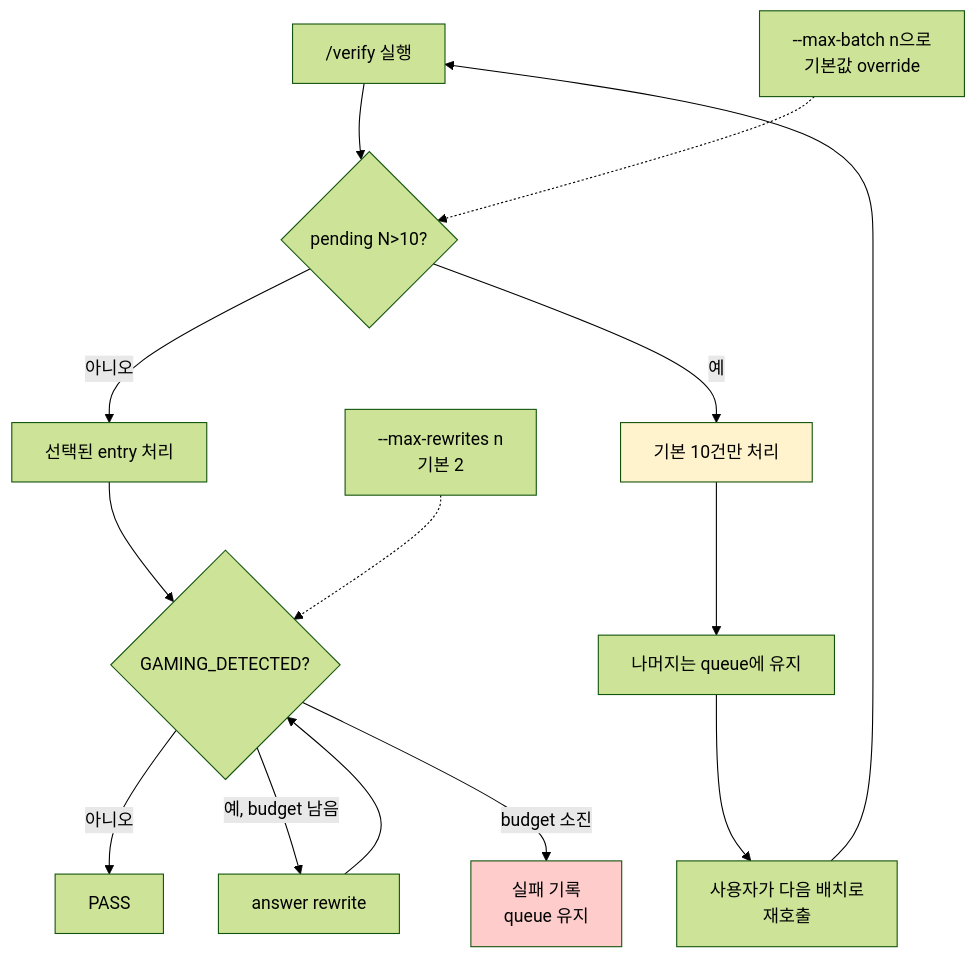
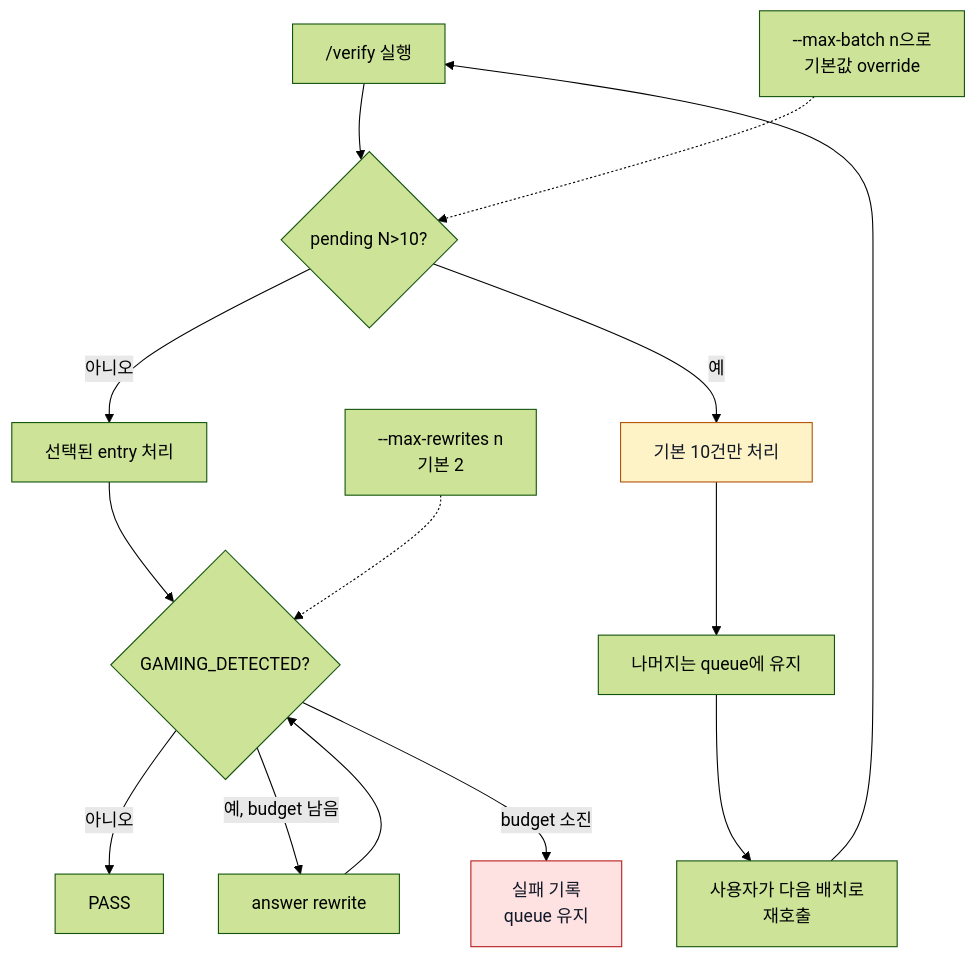
One commit to Jimmy-Jung/ai-symbiote changed the seventh of 12 diagrams in docs/09-검증-레이어-동작원리.md. Above: the diagram before and after it, drawn with Mermaid (forest theme). The commit also changed other lines of this file and 10 other files, not shown here.

Commit message:
docs(mermaid): 다이어그램 대비 색상 개선

````diff
--- a/docs/09-검증-레이어-동작원리.md
+++ b/docs/09-검증-레이어-동작원리.md
@@ -236,20 +236,20 @@
 ```mermaid
 flowchart TD
     A["/verify 실행"] --> B{"pending N&gt;10?"}
     B -->|아니오| C["선택된 entry 처리"]
     B -->|예| D["기본 10건만 처리"]
     C --> E{"GAMING_DETECTED?"}
     E -->|아니오| G["PASS"]
     E -->|예, budget 남음| I["answer rewrite"]
     I --> E
     E -->|budget 소진| J["실패 기록<br/>queue 유지"]
     D --> K["나머지는 queue에 유지"]
     K --> F["사용자가 다음 배치로<br/>재호출"]
     F --> A
 
     H["--max-batch n으로<br/>기본값 override"] -.-> B
     L["--max-rewrites n<br/>기본 2"] -.-> E
 
-    style D fill:#fff3cd
-    style J fill:#ffcccc
+    style D fill:#fef3c7,stroke:#b45309,color:#111827
+    style J fill:#fee2e2,stroke:#b91c1c,color:#111827
 ```
````
